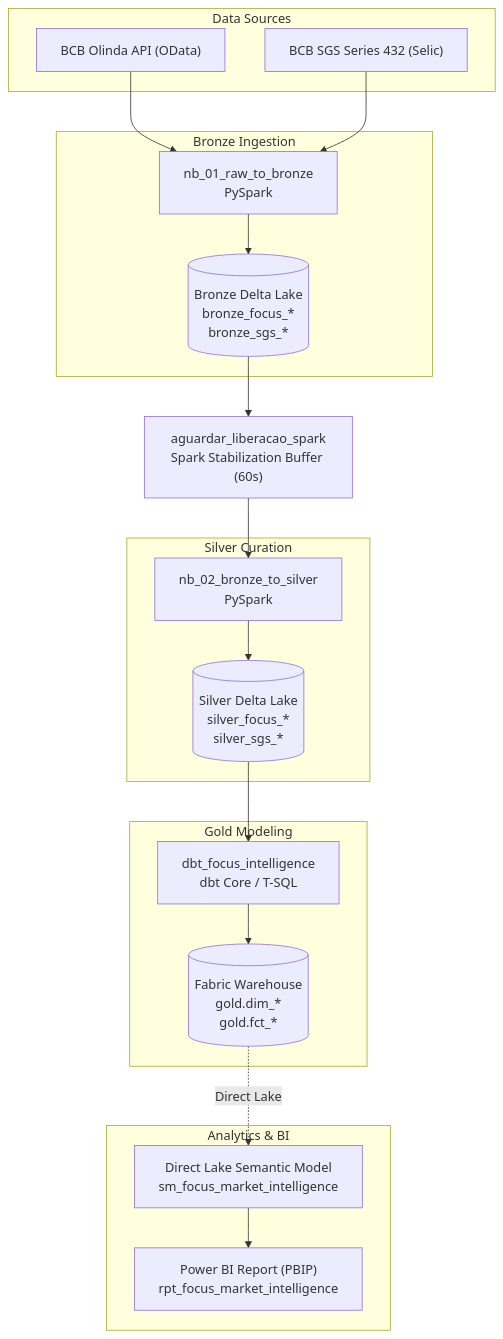
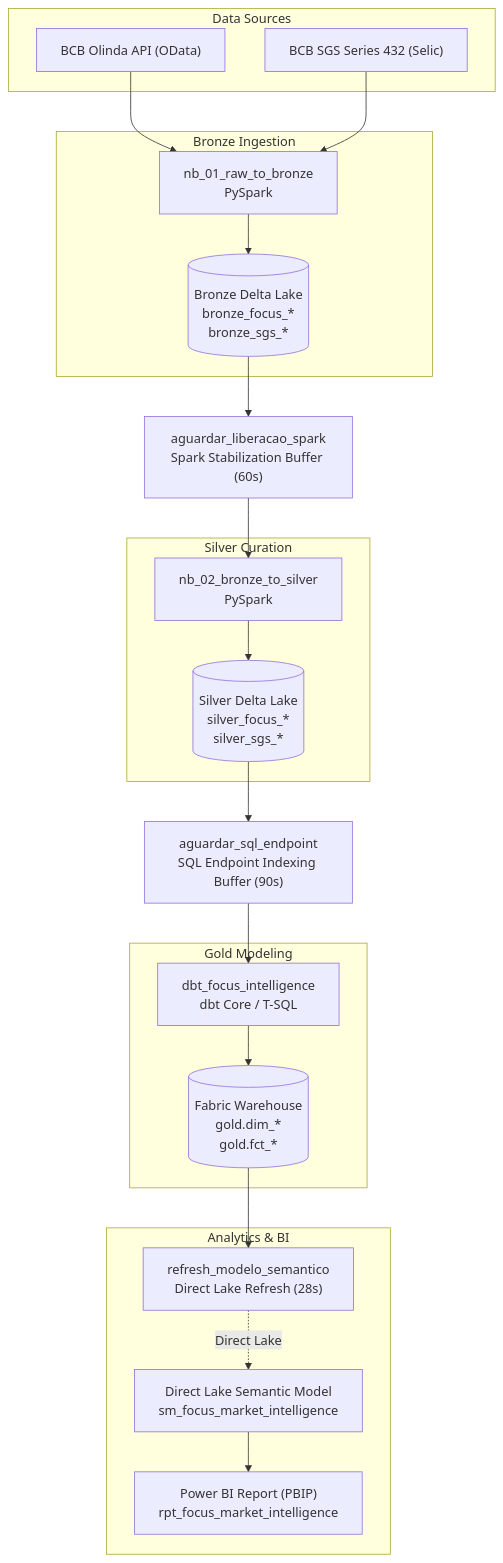
One commit to leoserpa/fabric-focus-market-intelligence changed the diagram in docs/en/reference/data-dictionary.md. Above: the diagram before and after it, drawn with Mermaid. The commit also changed 9 other files, not shown here.

First line of the commit message:
docs: update architecture diagrams and pipeline execution evidence for 6-stage fabric workflow

````diff
--- a/docs/en/reference/data-dictionary.md
+++ b/docs/en/reference/data-dictionary.md
@@ -9,38 +9,41 @@
 ```mermaid
 flowchart TD
     subgraph Sources ["Data Sources"]
         API1["BCB Olinda API (OData)"]
         API2["BCB SGS Series 432 (Selic)"]
     end
 
     subgraph Ingestion ["Bronze Ingestion"]
         NB1["nb_01_raw_to_bronze<br/>PySpark"]
         BRONZE[("Bronze Delta Lake<br/>bronze_focus_*<br/>bronze_sgs_*")]
     end
 
     subgraph Curation ["Silver Curation"]
         NB2["nb_02_bronze_to_silver<br/>PySpark"]
         SILVER[("Silver Delta Lake<br/>silver_focus_*<br/>silver_sgs_*")]
     end
 
     subgraph Modeling ["Gold Modeling"]
         DBT["dbt_focus_intelligence<br/>dbt Core / T-SQL"]
         GOLD[("Fabric Warehouse<br/>gold.dim_*<br/>gold.fct_*")]
     end
 
     subgraph Consumption ["Analytics & BI"]
+        REFRESH["refresh_modelo_semantico<br/>Direct Lake Refresh (28s)"]
         SM["Direct Lake Semantic Model<br/>sm_focus_market_intelligence"]
         RPT["Power BI Report (PBIP)<br/>rpt_focus_market_intelligence"]
     end
 
     API1 --> NB1
     API2 --> NB1
     NB1 --> BRONZE
-    BRONZE --> WAIT["aguardar_liberacao_spark<br/>Spark Stabilization Buffer (60s)"]
-    WAIT --> NB2
+    BRONZE --> WAIT1["aguardar_liberacao_spark<br/>Spark Stabilization Buffer (60s)"]
+    WAIT1 --> NB2
     NB2 --> SILVER
-    SILVER --> DBT
+    SILVER --> WAIT2["aguardar_sql_endpoint<br/>SQL Endpoint Indexing Buffer (90s)"]
+    WAIT2 --> DBT
     DBT --> GOLD
-    GOLD -.->|Direct Lake| SM
+    GOLD --> REFRESH
+    REFRESH -.->|Direct Lake| SM
     SM --> RPT
 ```
````
